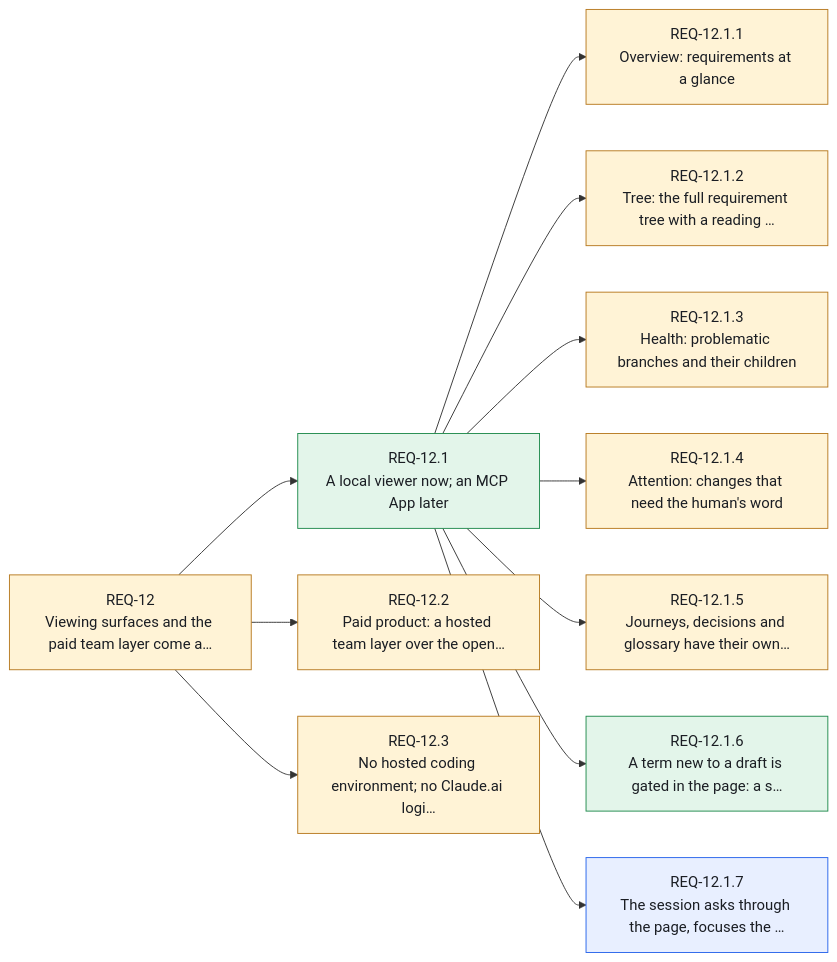
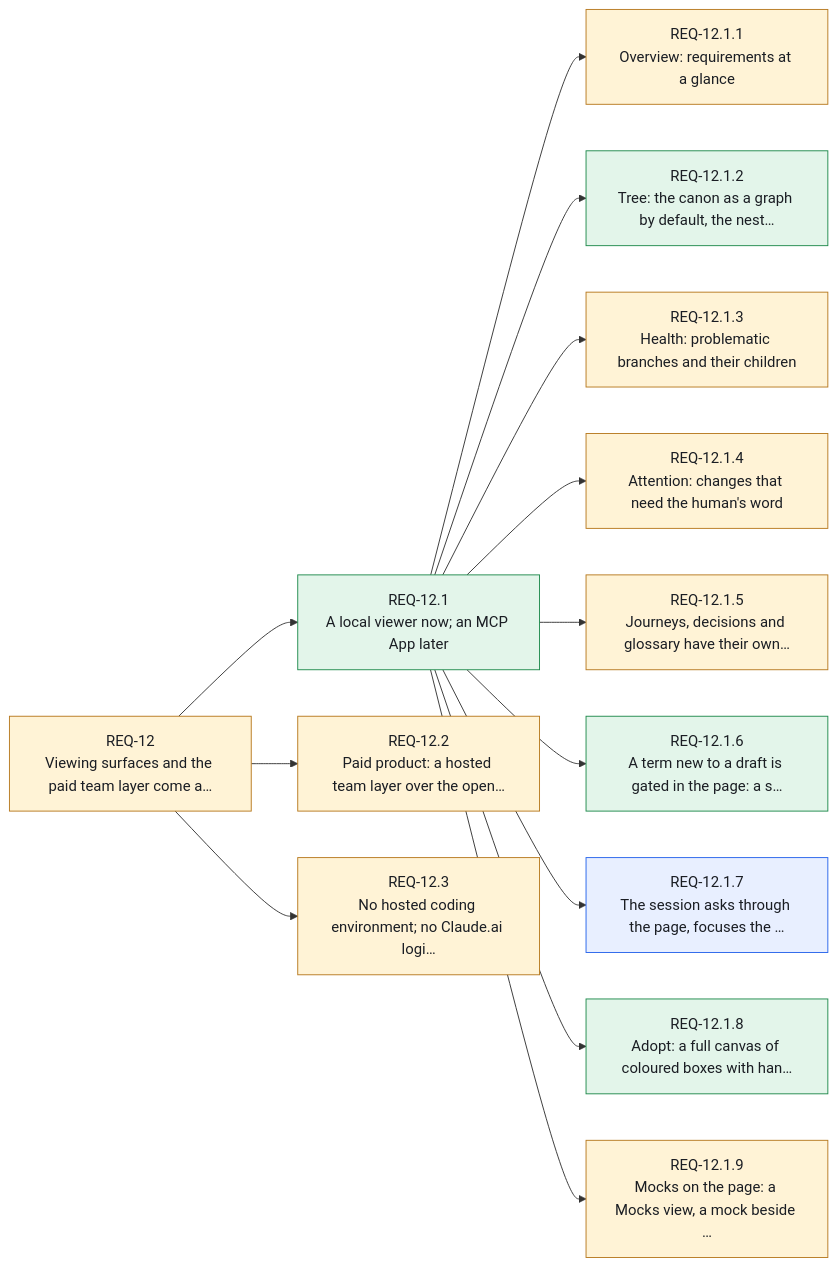
One commit to Althis/headcanon changed diagram 13 of 14 in canon/INDEX.md. Above: the diagram before and after it, drawn with Mermaid. The commit also changed other lines of this file and 14 other files, not shown here.

````diff
--- a/canon/INDEX.md
+++ b/canon/INDEX.md
@@ -561,29 +579,33 @@
 ```mermaid
 flowchart LR
     REQ_12["REQ-12<br/>Viewing surfaces and the paid team layer come a…"]:::assumed
     REQ_12_1["REQ-12.1<br/>A local viewer now; an MCP App later"]:::stated
     REQ_12_1_1["REQ-12.1.1<br/>Overview: requirements at a glance"]:::assumed
-    REQ_12_1_2["REQ-12.1.2<br/>Tree: the full requirement tree with a reading …"]:::assumed
+    REQ_12_1_2["REQ-12.1.2<br/>Tree: the canon as a graph by default, the nest…"]:::stated
     REQ_12_1_3["REQ-12.1.3<br/>Health: problematic branches and their children"]:::assumed
     REQ_12_1_4["REQ-12.1.4<br/>Attention: changes that need the human's word"]:::assumed
     REQ_12_1_5["REQ-12.1.5<br/>Journeys, decisions and glossary have their own…"]:::assumed
     REQ_12_1_6["REQ-12.1.6<br/>A term new to a draft is gated in the page: a s…"]:::stated
     REQ_12_1_7["REQ-12.1.7<br/>The session asks through the page, focuses the …"]:::resolved
+    REQ_12_1_8["REQ-12.1.8<br/>Adopt: a full canvas of coloured boxes with han…"]:::stated
+    REQ_12_1_9["REQ-12.1.9<br/>Mocks on the page: a Mocks view, a mock beside …"]:::assumed
     REQ_12_2["REQ-12.2<br/>Paid product: a hosted team layer over the open…"]:::assumed
     REQ_12_3["REQ-12.3<br/>No hosted coding environment; no Claude.ai logi…"]:::assumed
     REQ_12 --> REQ_12_1
     REQ_12_1 --> REQ_12_1_1
     REQ_12_1 --> REQ_12_1_2
     REQ_12_1 --> REQ_12_1_3
     REQ_12_1 --> REQ_12_1_4
     REQ_12_1 --> REQ_12_1_5
     REQ_12_1 --> REQ_12_1_6
     REQ_12_1 --> REQ_12_1_7
+    REQ_12_1 --> REQ_12_1_8
+    REQ_12_1 --> REQ_12_1_9
     REQ_12 --> REQ_12_2
     REQ_12 --> REQ_12_3
     classDef stated fill:#e3f5ea,stroke:#1f8a4c,color:#1a1d23
     classDef resolved fill:#e8efff,stroke:#2563eb,color:#1a1d23
     classDef assumed fill:#fff3d6,stroke:#b7791f,color:#1a1d23
     classDef open fill:#ece9fb,stroke:#6b5bd2,color:#1a1d23
     classDef contested fill:#fde7e8,stroke:#d13438,color:#1a1d23
 ```
````
